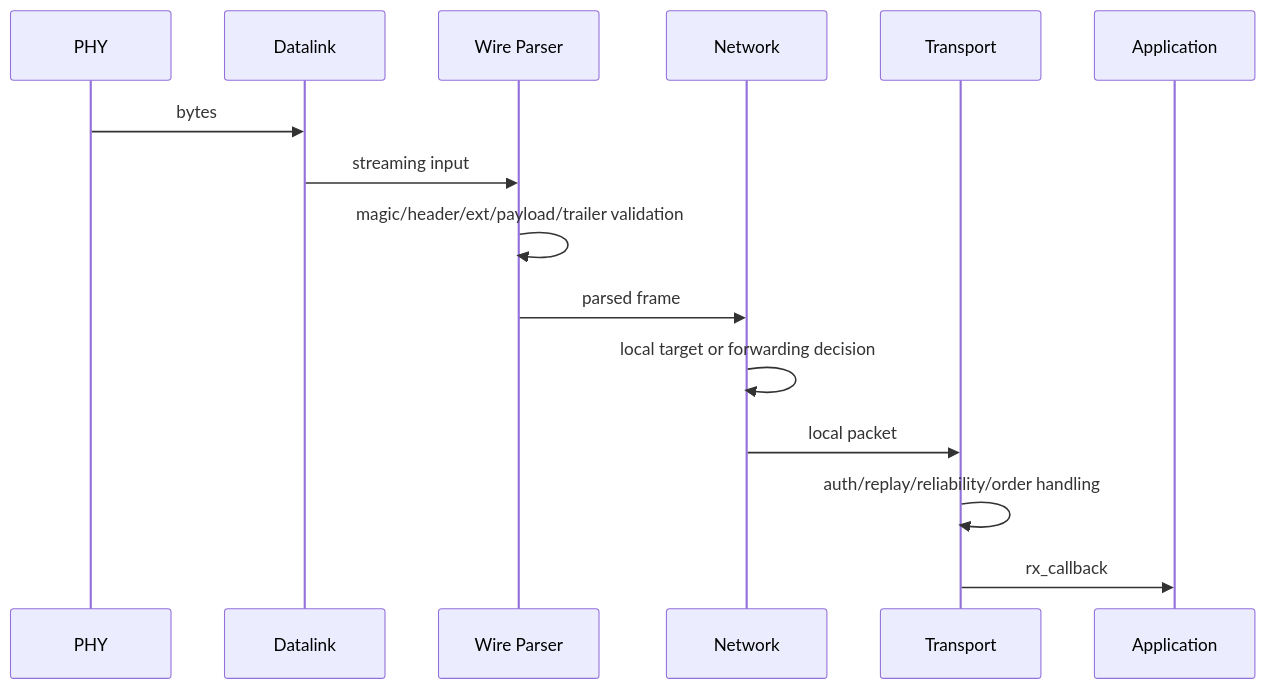
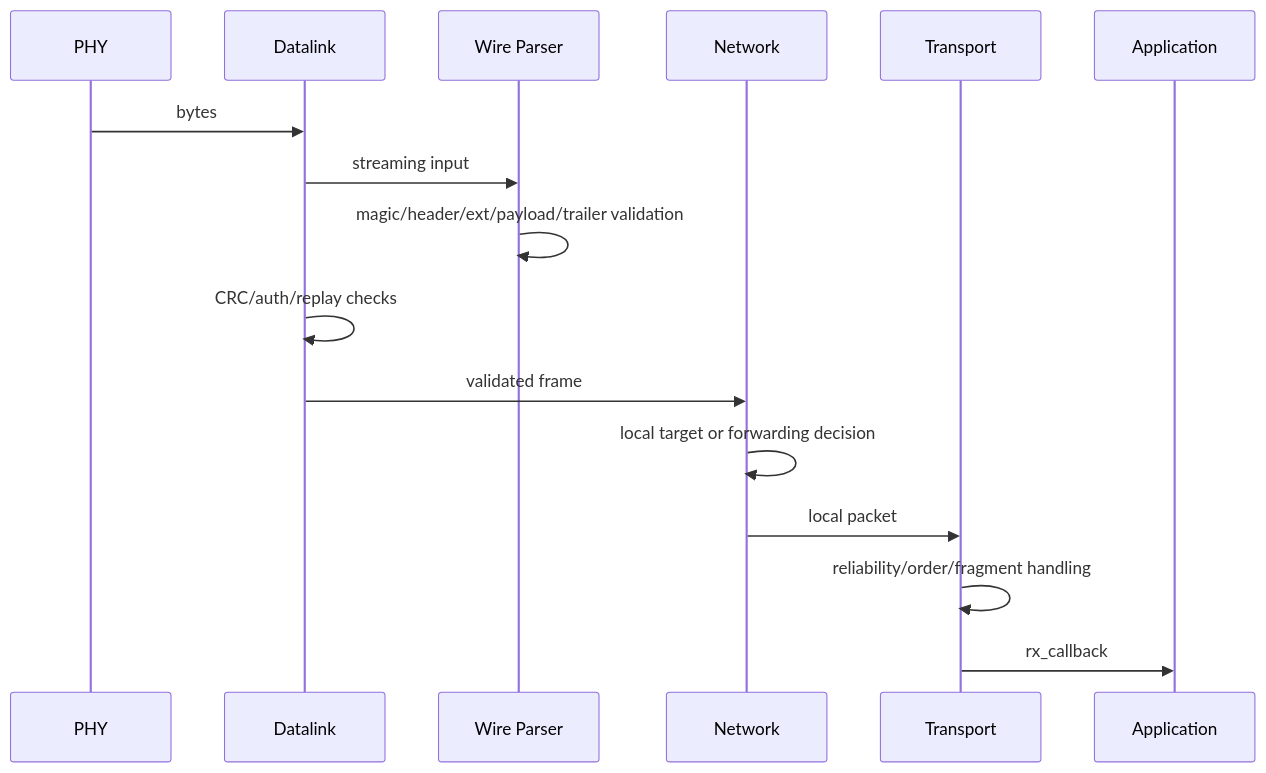
Before and after one commit to X-Gen-Lab/xgen-link: the second of 3 diagrams in docs/en/protocol/architecture.md, drawn with Mermaid. The commit also changed other lines of this file and 116 other files, not shown here.

````diff
--- a/docs/en/protocol/architecture.md
+++ b/docs/en/protocol/architecture.md
@@ -40,17 +40,18 @@
 ```mermaid
 sequenceDiagram
   participant P as PHY
   participant D as Datalink
   participant W as Wire Parser
   participant N as Network
   participant T as Transport
   participant App as Application
   P->>D: bytes
   D->>W: streaming input
   W->>W: magic/header/ext/payload/trailer validation
-  W->>N: parsed frame
+  D->>D: CRC/auth/replay checks
+  D->>N: validated frame
   N->>N: local target or forwarding decision
   N->>T: local packet
-  T->>T: auth/replay/reliability/order handling
+  T->>T: reliability/order/fragment handling
   T->>App: rx_callback
 ```
````
